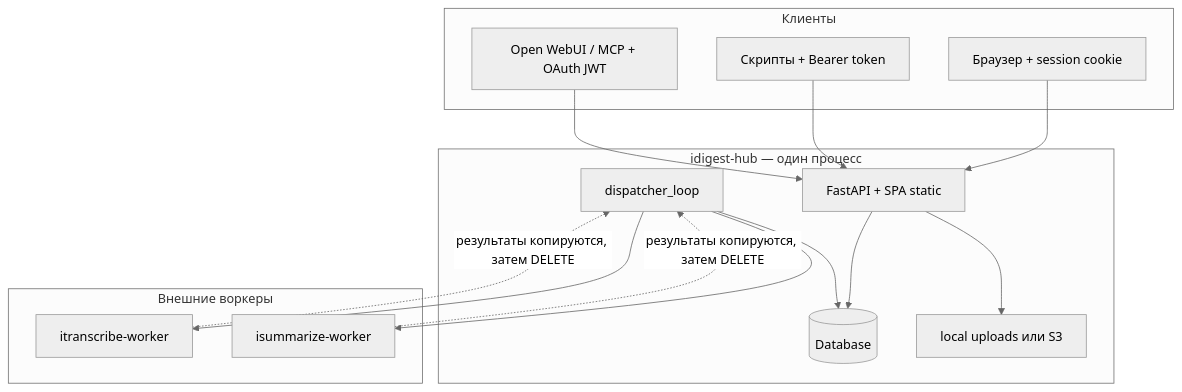
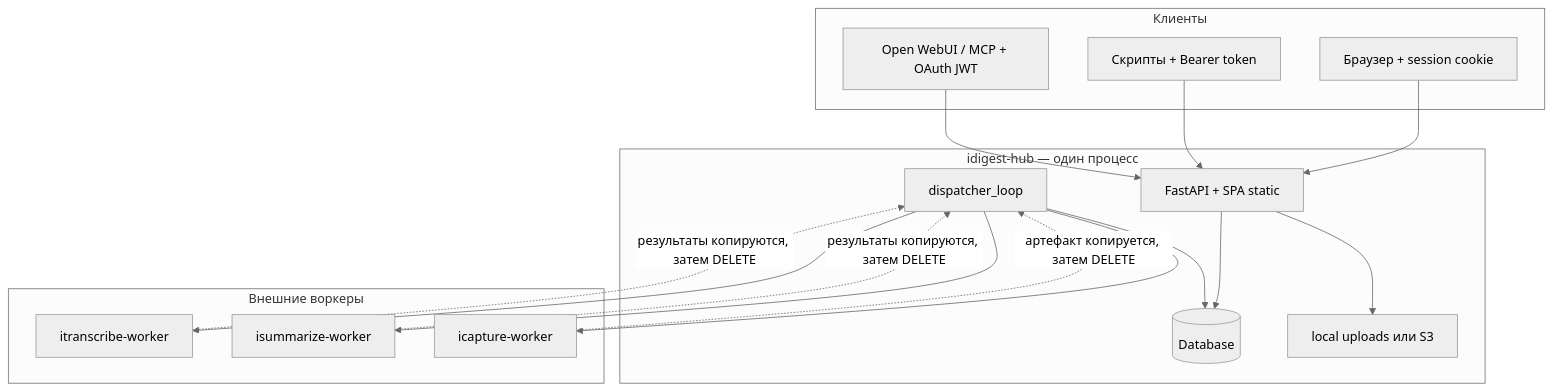
The diagram in docs/ru/architecture/overview.md (dude75/idigest-hub), drawn with Mermaid (neutral theme) before and after one commit. The commit also changed other lines of this file and 10 other files, not shown here.

First line of the commit message:
Document capture in architecture and refresh frontend ops docs.

````diff
--- a/docs/ru/architecture/overview.md
+++ b/docs/ru/architecture/overview.md
@@ -17,31 +17,34 @@
 ```mermaid
 flowchart TB
   subgraph clients [Клиенты]
     Browser[Браузер + session cookie]
     API[Скрипты + Bearer token]
     MCP[Open WebUI / MCP + OAuth JWT]
   end
 
   subgraph hub [idigest-hub — один процесс]
     FastAPI[FastAPI + SPA static]
     Dispatch[dispatcher_loop]
     DB[(Database)]
     FS[local uploads или S3]
   end
 
   subgraph workers [Внешние воркеры]
     TW[itranscribe-worker]
     SW[isummarize-worker]
+    CW[icapture-worker]
   end
 
   Browser --> FastAPI
   API --> FastAPI
   MCP --> FastAPI
   FastAPI --> DB
   FastAPI --> FS
   Dispatch --> DB
   Dispatch --> TW
   Dispatch --> SW
+  Dispatch --> CW
   TW -.->|результаты копируются, затем DELETE| Dispatch
   SW -.->|результаты копируются, затем DELETE| Dispatch
+  CW -.->|артефакт копируется, затем DELETE| Dispatch
 ```
````
